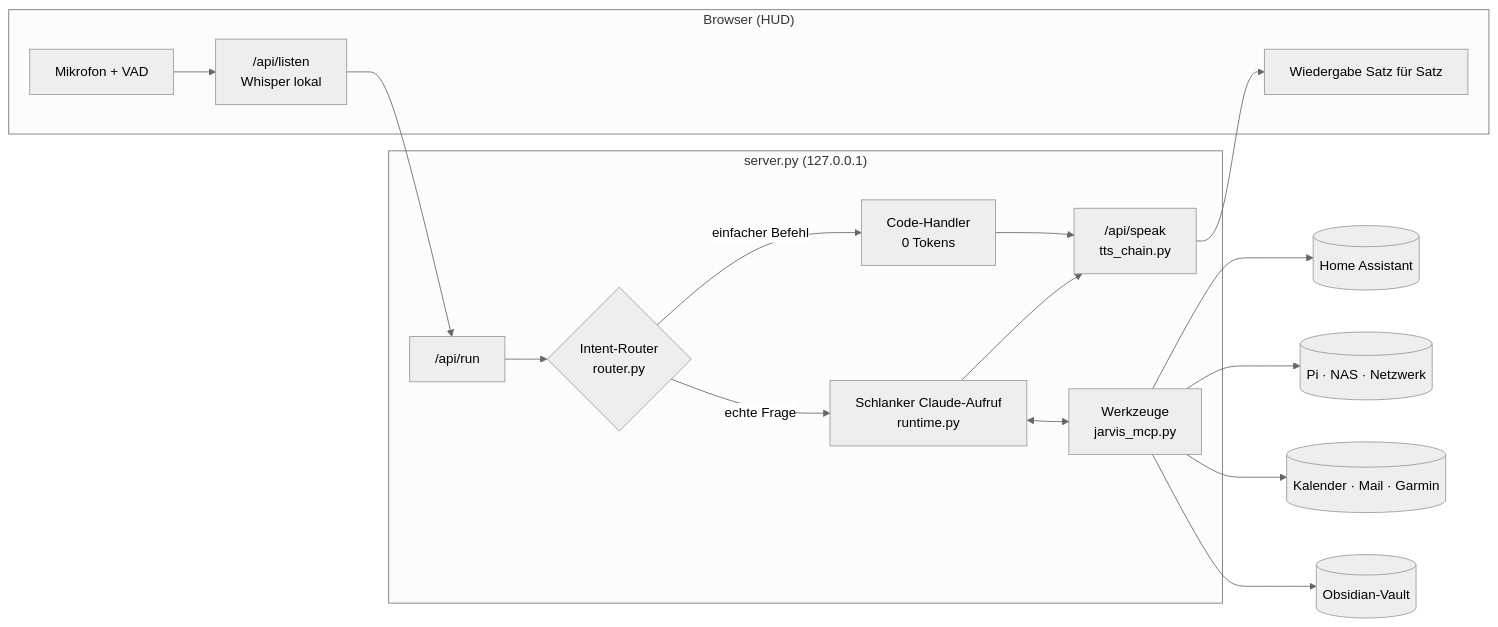
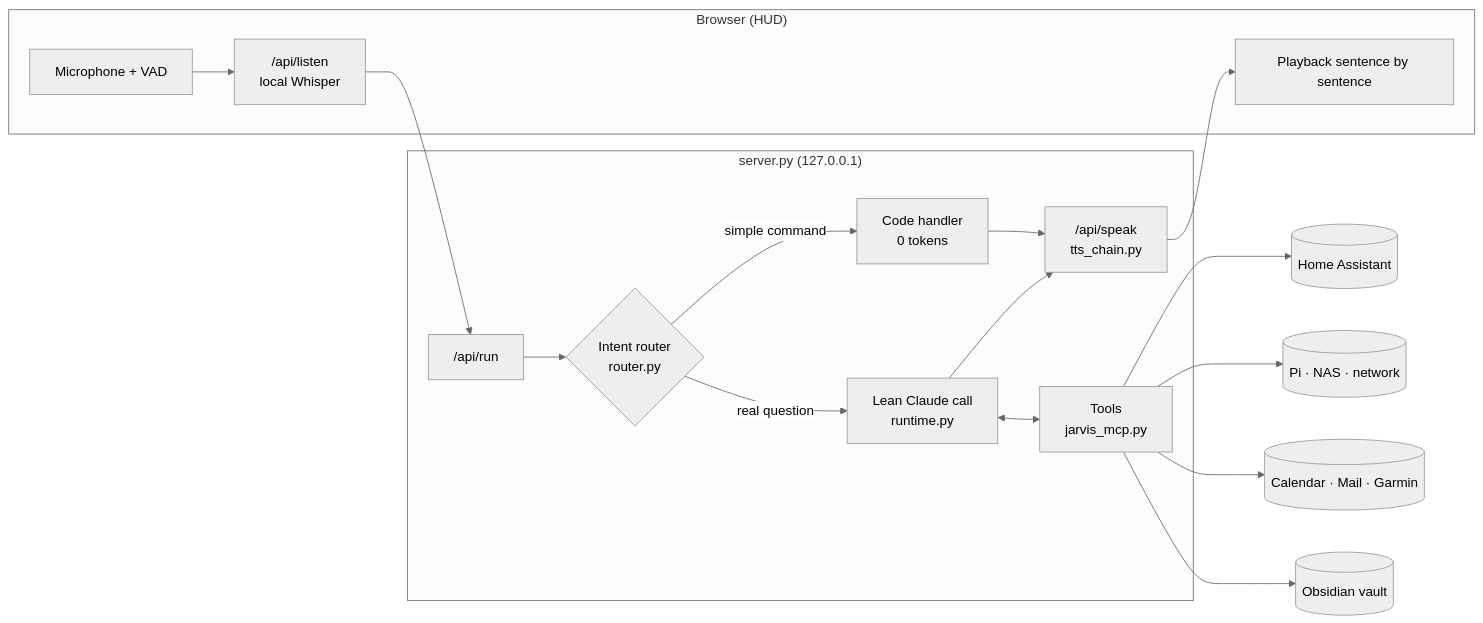
One commit to Zedas030/jarvis-hud changed the diagram in README.md. Above: the diagram before and after it, drawn with Mermaid (neutral theme). The commit also changed other lines of this file and 44 other files, not shown here.

````diff
--- a/README.md
+++ b/README.md
@@ -88,22 +104,22 @@
 ```mermaid
 flowchart LR
     subgraph Browser["Browser (HUD)"]
-        MIC[Mikrofon + VAD] --> STT
-        SPK[Wiedergabe Satz für Satz]
+        MIC[Microphone + VAD] --> STT
+        SPK[Playback sentence by sentence]
     end
     subgraph Server["server.py (127.0.0.1)"]
-        STT["/api/listen<br/>Whisper lokal"] --> RUN["/api/run"]
-        RUN --> R{"Intent-Router<br/>router.py"}
-        R -->|einfacher Befehl| LOCAL[Code-Handler<br/>0 Tokens]
-        R -->|echte Frage| LEAN["Schlanker Claude-Aufruf<br/>runtime.py"]
-        LEAN <--> MCP["Werkzeuge<br/>jarvis_mcp.py"]
+        STT["/api/listen<br/>local Whisper"] --> RUN["/api/run"]
+        RUN --> R{"Intent router<br/>router.py"}
+        R -->|simple command| LOCAL[Code handler<br/>0 tokens]
+        R -->|real question| LEAN["Lean Claude call<br/>runtime.py"]
+        LEAN <--> MCP["Tools<br/>jarvis_mcp.py"]
         SPEAK["/api/speak<br/>tts_chain.py"]
     end
     MCP --> HA[(Home Assistant)]
-    MCP --> NET[(Pi · NAS · Netzwerk)]
-    MCP --> PIM[(Kalender · Mail · Garmin)]
-    MCP --> VAULT[(Obsidian-Vault)]
+    MCP --> NET[(Pi · NAS · network)]
+    MCP --> PIM[(Calendar · Mail · Garmin)]
+    MCP --> VAULT[(Obsidian vault)]
     LOCAL --> SPEAK
     LEAN --> SPEAK
     SPEAK --> SPK
 ```
````
